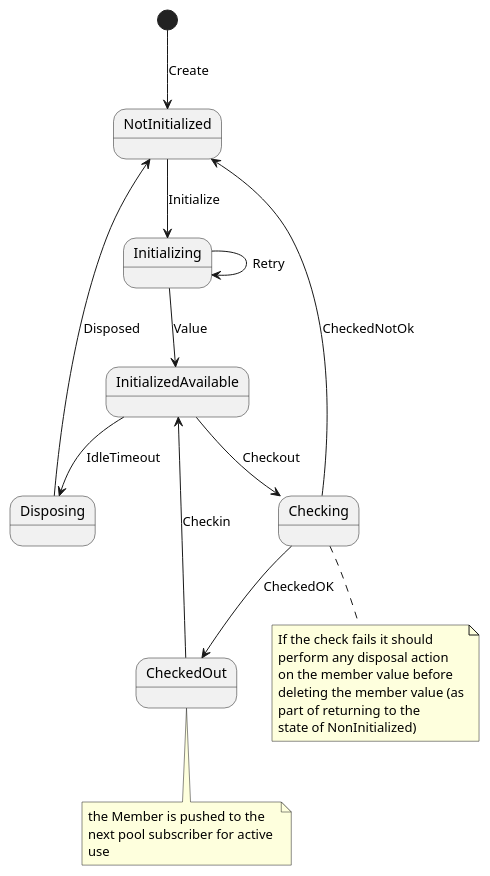
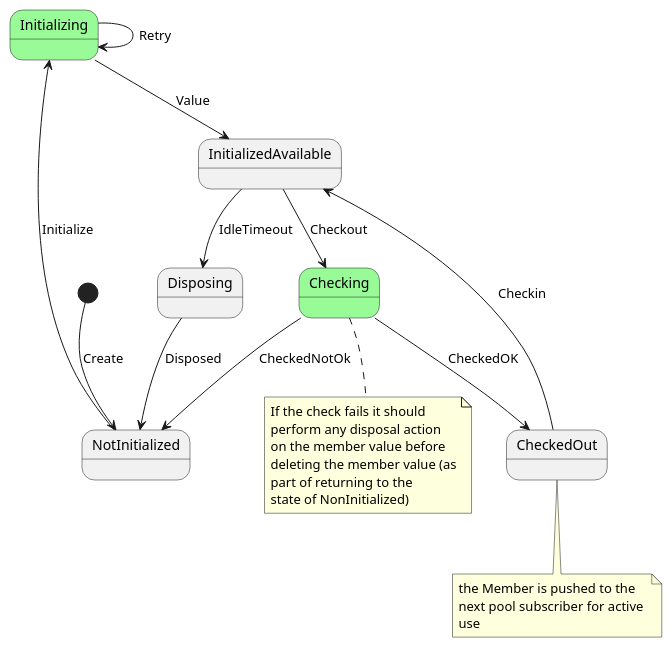
The diagram in src/main/plantuml/Member-state-diagram.puml (davidmoten/rxjava3-pool), drawn with PlantUML before and after one commit.

Commit message:
diagram dev

```diff
--- a/src/main/plantuml/Member-state-diagram.puml
+++ b/src/main/plantuml/Member-state-diagram.puml
@@ -1,28 +1,34 @@
 @startuml
+
+state Initializing #palegreen {
+}
+state Checking #palegreen {
+}
 
 [*] --> NotInitialized: Create
 NotInitialized --> Initializing: Initialize
 Initializing --> InitializedAvailable: Value
 Initializing --> Initializing: Retry
 InitializedAvailable --> Checking: Checkout
 Checking --> NotInitialized: CheckedNotOk
 Checking --> CheckedOut: CheckedOK
 InitializedAvailable --> Disposing: IdleTimeout 
 Disposing --> NotInitialized: Disposed
 CheckedOut --> InitializedAvailable: Checkin
 
 note bottom of Checking
   If the check fails it should
   perform any disposal action
   on the member value before 
   deleting the member value (as
   part of returning to the 
   state of NonInitialized)
 end note
 
 note bottom of CheckedOut
   the Member is pushed to the 
   next pool subscriber for active 
   use
 end note
+
 @enduml
```
